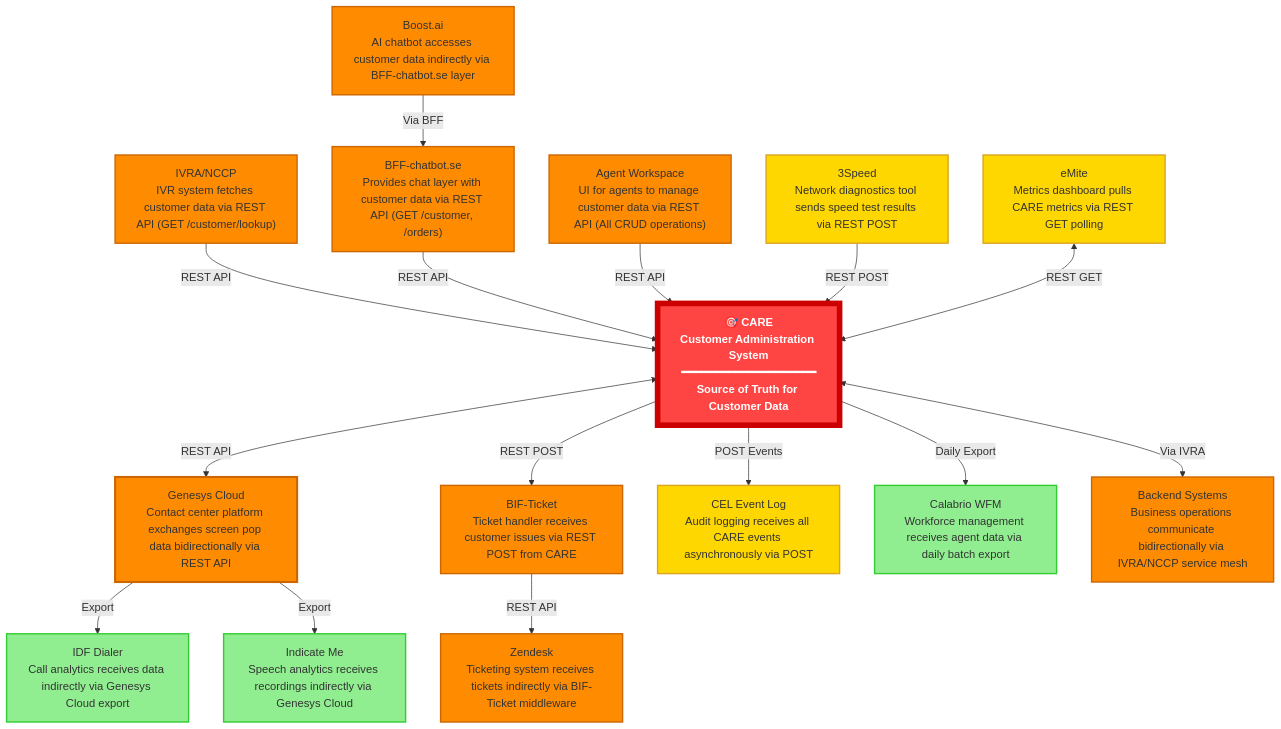
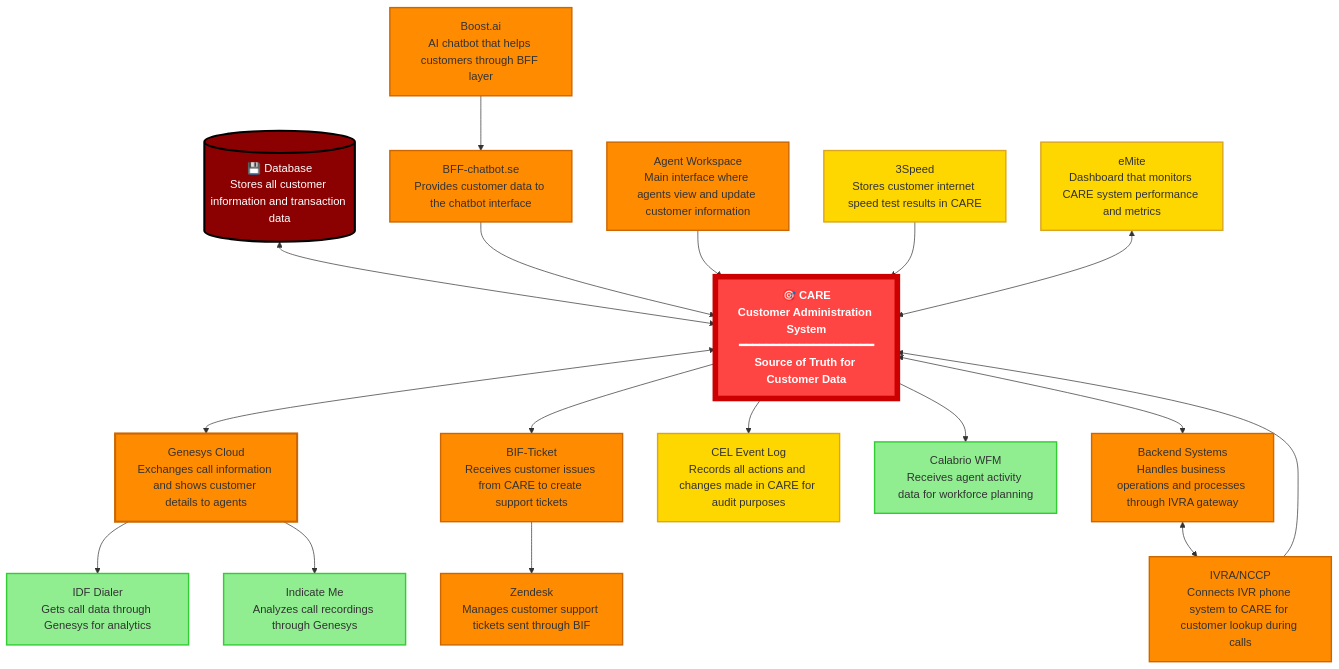
Before and after one commit to gill001-Tre/CCT-apps-understanding-document: the first of 7 diagrams in CCT-apps-description/CARE/integration-details/README.md, drawn with Mermaid. The commit also changed other lines of this file, not shown here.

Commit message:
Simplify integration diagram and expand summary table with real-life examples

````diff
--- a/CCT-apps-description/CARE/integration-details/README.md
+++ b/CCT-apps-description/CARE/integration-details/README.md
@@ -20,70 +20,77 @@
 ```mermaid
 graph TD
     CARE["🎯 CARE<br/>Customer Administration System<br/>━━━━━━━━━━━━━━━━━━━━<br/>Source of Truth for Customer Data"]
     
+    %% DATABASE
+    DB[("💾 Database<br/>Stores all customer information and transaction data")]
+    
     %% INBOUND INTEGRATIONS
-    IVRA["IVRA/NCCP<br/>IVR system fetches customer data via REST API (GET /customer/lookup)"]
+    IVRA["IVRA/NCCP<br/>Connects IVR phone system to CARE for customer lookup during calls"]
     
-    BFF["BFF-chatbot.se<br/>Provides chat layer with customer data via REST API (GET /customer, /orders)"]
+    BFF["BFF-chatbot.se<br/>Provides customer data to the chatbot interface"]
     
-    Genesys["Genesys Cloud<br/>Contact center platform exchanges screen pop data bidirectionally via REST API"]
+    Genesys["Genesys Cloud<br/>Exchanges call information and shows customer details to agents"]
     
-    Agent["Agent Workspace<br/>UI for agents to manage customer data via REST API (All CRUD operations)"]
+    Agent["Agent Workspace<br/>Main interface where agents view and update customer information"]
     
-    Boost["Boost.ai<br/>AI chatbot accesses customer data indirectly via BFF-chatbot.se layer"]
+    Boost["Boost.ai<br/>AI chatbot that helps customers through BFF layer"]
     
-    Speed["3Speed<br/>Network diagnostics tool sends speed test results via REST POST"]
+    Speed["3Speed<br/>Stores customer internet speed test results in CARE"]
     
-    Emite["eMite<br/>Metrics dashboard pulls CARE metrics via REST GET polling"]
+    Emite["eMite<br/>Dashboard that monitors CARE system performance and metrics"]
     
     %% OUTBOUND INTEGRATIONS
-    BIF["BIF-Ticket<br/>Ticket handler receives customer issues via REST POST from CARE"]
+    BIF["BIF-Ticket<br/>Receives customer issues from CARE to create support tickets"]
     
-    Zendesk["Zendesk<br/>Ticketing system receives tickets indirectly via BIF-Ticket middleware"]
+    Zendesk["Zendesk<br/>Manages customer support tickets sent through BIF"]
     
-    CEL["CEL Event Log<br/>Audit logging receives all CARE events asynchronously via POST"]
+    CEL["CEL Event Log<br/>Records all actions and changes made in CARE for audit purposes"]
     
-    Calabrio["Calabrio WFM<br/>Workforce management receives agent data via daily batch export"]
+    Calabrio["Calabrio WFM<br/>Receives agent activity data for workforce planning"]
     
-    IDF["IDF Dialer<br/>Call analytics receives data indirectly via Genesys Cloud export"]
+    IDF["IDF Dialer<br/>Gets call data through Genesys for analytics"]
     
-    Indicate["Indicate Me<br/>Speech analytics receives recordings indirectly via Genesys Cloud"]
+    Indicate["Indicate Me<br/>Analyzes call recordings through Genesys"]
     
     %% BACKEND SYSTEMS
-    Backend["Backend Systems<br/>Business operations communicate bidirectionally via IVRA/NCCP service mesh"]
+    Backend["Backend Systems<br/>Handles business operations and processes through IVRA gateway"]
     
     %% CONNECTIONS
-    IVRA -->|"REST API"| CARE
-    BFF -->|"REST API"| CARE
-    Agent -->|"REST API"| CARE
-    Speed -->|"REST POST"| CARE
-    Emite <-->|"REST GET"| CARE
-    Boost -->|"Via BFF"| BFF
+    DB <--> CARE
     
-    CARE <-->|"REST API"| Genesys
-    CARE -->|"REST POST"| BIF
-    CARE -->|"POST Events"| CEL
-    CARE -->|"Daily Export"| Calabrio
-    CARE <-->|"Via IVRA"| Backend
+    IVRA --> CARE
+    BFF --> CARE
+    Agent --> CARE
+    Speed --> CARE
+    Emite <--> CARE
+    Boost --> BFF
     
-    BIF -->|"REST API"| Zendesk
-    Genesys -->|"Export"| IDF
-    Genesys -->|"Export"| Indicate
+    CARE <--> Genesys
+    CARE --> BIF
+    CARE --> CEL
+    CARE --> Calabrio
+    CARE <--> Backend
+    Backend <--> IVRA
+    
+    BIF --> Zendesk
+    Genesys --> IDF
+    Genesys --> Indicate
     
     %% STYLING
     style CARE fill:#ff4444,stroke:#cc0000,stroke-width:8px,color:#fff,font-weight:bold,font-size:16px
+    style DB fill:#8b0000,stroke:#000,stroke-width:3px,color:#fff
     style Genesys fill:#ff8c00,stroke:#cc6600,stroke-width:3px
     style IVRA fill:#ff8c00,stroke:#cc6600,stroke-width:2px
     style BFF fill:#ff8c00,stroke:#cc6600,stroke-width:2px
     style BIF fill:#ff8c00,stroke:#cc6600,stroke-width:2px
     style Agent fill:#ff8c00,stroke:#cc6600,stroke-width:2px
     style Backend fill:#ff8c00,stroke:#cc6600,stroke-width:2px
     style Boost fill:#ff8c00,stroke:#cc6600,stroke-width:2px
     style Zendesk fill:#ff8c00,stroke:#cc6600,stroke-width:2px
     style Speed fill:#ffd700,stroke:#daa520,stroke-width:2px
     style Emite fill:#ffd700,stroke:#daa520,stroke-width:2px
     style CEL fill:#ffd700,stroke:#daa520,stroke-width:2px
     style Calabrio fill:#90ee90,stroke:#32cd32,stroke-width:2px
     style IDF fill:#90ee90,stroke:#32cd32,stroke-width:2px
     style Indicate fill:#90ee90,stroke:#32cd32,stroke-width:2px
 ```
````
